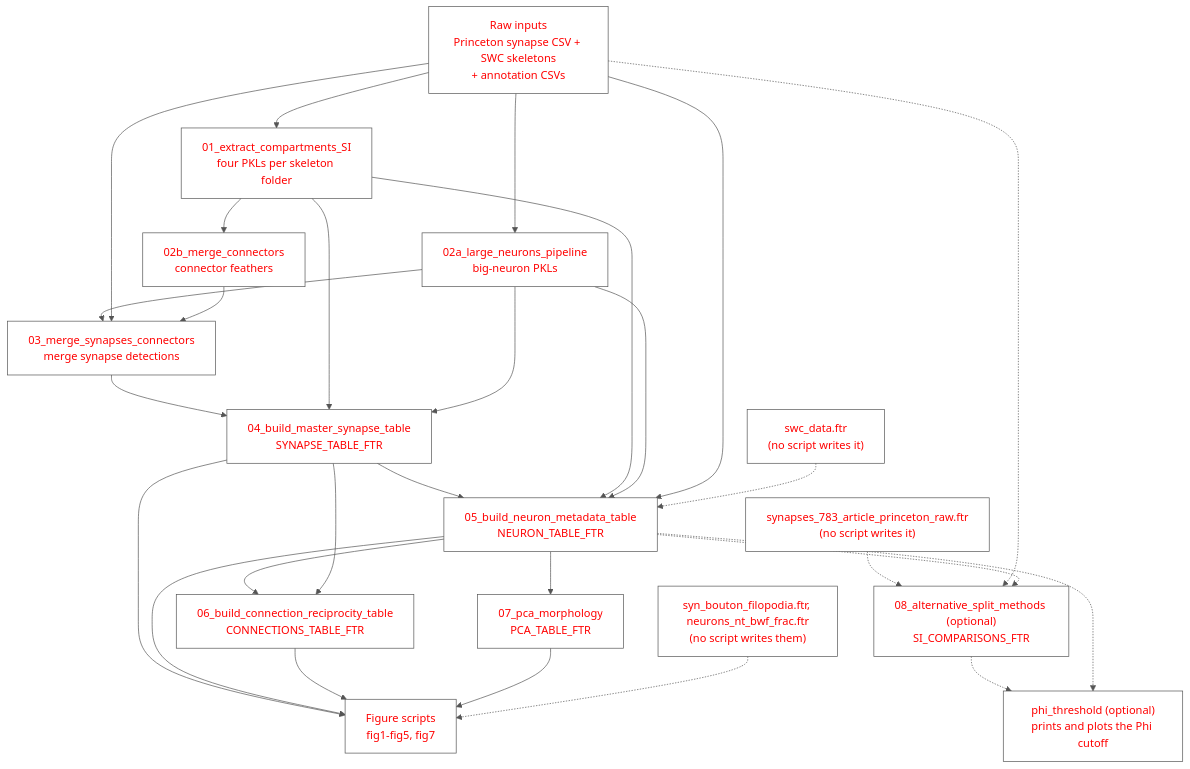
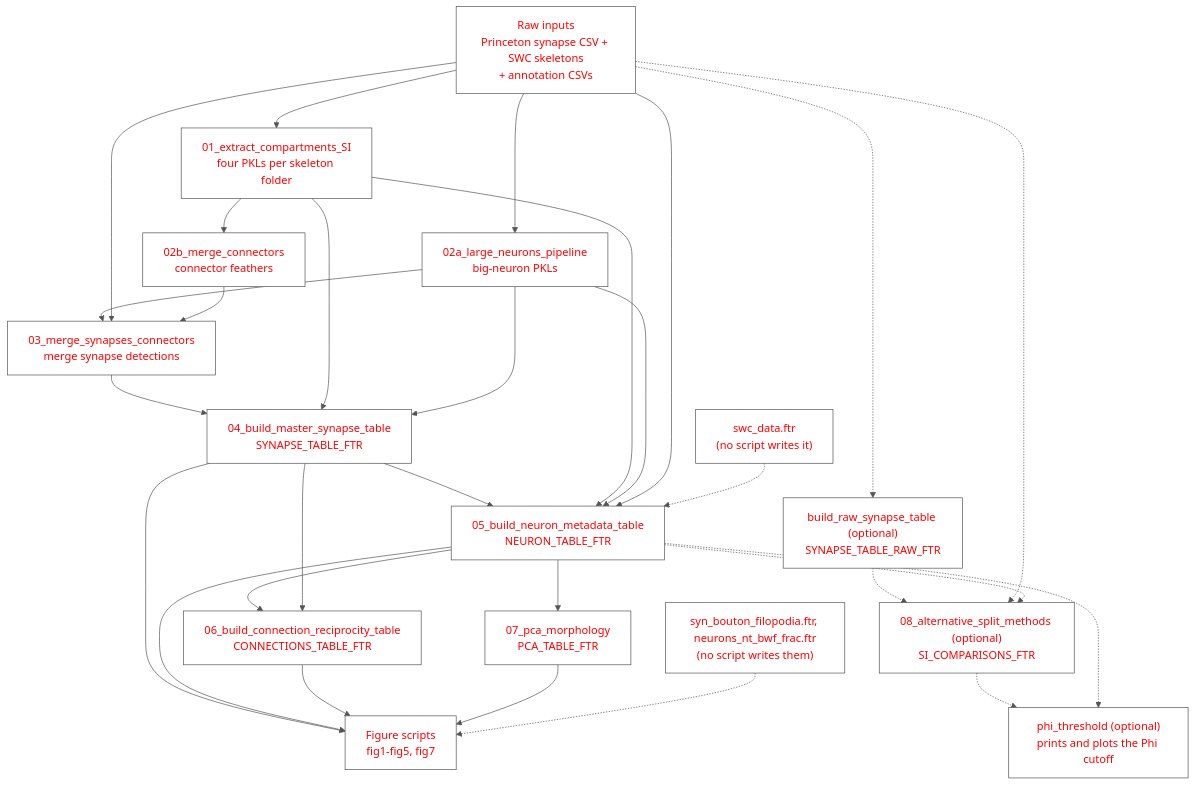
One commit to deutschlab/mixed-polarity-paper changed the diagram in docs/pipeline_overview.md. Above: the diagram before and after it, drawn with Mermaid. The commit also changed other lines of this file and 14 other files, not shown here.

First line of the commit message:
Port Amit's split-method scripts and build the raw synapse table

````diff
--- a/docs/pipeline_overview.md
+++ b/docs/pipeline_overview.md
@@ -14,43 +14,44 @@
 ```mermaid
 %%{init: {'theme': 'base', 'themeVariables': {'primaryColor': '#ffffff', 'primaryTextColor': '#ff0000', 'primaryBorderColor': '#555555', 'lineColor': '#555555'}}}%%
 flowchart TD
     RAW["Raw inputs\nPrinceton synapse CSV + SWC skeletons\n+ annotation CSVs"]
     S01["01_extract_compartments_SI\nfour PKLs per skeleton folder"]
     S02A["02a_large_neurons_pipeline\nbig-neuron PKLs"]
     S02B["02b_merge_connectors\nconnector feathers"]
     S03["03_merge_synapses_connectors\nmerge synapse detections"]
     S04["04_build_master_synapse_table\nSYNAPSE_TABLE_FTR"]
     S05["05_build_neuron_metadata_table\nNEURON_TABLE_FTR"]
     S06["06_build_connection_reciprocity_table\nCONNECTIONS_TABLE_FTR"]
     S07["07_pca_morphology\nPCA_TABLE_FTR"]
     S08["08_alternative_split_methods (optional)\nSI_COMPARISONS_FTR"]
     FIGS["Figure scripts\nfig1-fig5, fig7"]
 
     RAW --> S01
     RAW --> S02A
     S01 --> S02B
     S02A --> S03
     RAW --> S03
     S02B --> S03
     S03 --> S04
     S01 --> S04
     S02A --> S04
     S04 --> S05
     S01 --> S05
     S02A --> S05
     RAW --> S05
     S05 --> S06
     S04 --> S06
     S05 --> S07
     S04 --> FIGS
     S05 --> FIGS
     S06 --> FIGS
     S07 --> FIGS
-    SYNRAW["synapses_783_article_princeton_raw.ftr\n(no script writes it)"] -.-> S08
+    RAW -.-> BUILDRAW["build_raw_synapse_table (optional)\nSYNAPSE_TABLE_RAW_FTR"]
+    BUILDRAW -.-> S08
     SWCDATA["swc_data.ftr\n(no script writes it)"] -.-> S05
     FILO["syn_bouton_filopodia.ftr, neurons_nt_bwf_frac.ftr\n(no script writes them)"] -.-> FIGS
     RAW -.-> S08
     S05 -.-> S08
     S08 -.-> PHI["phi_threshold (optional)\nprints and plots the Phi cutoff"]
     S05 -.-> PHI
 ```
````
